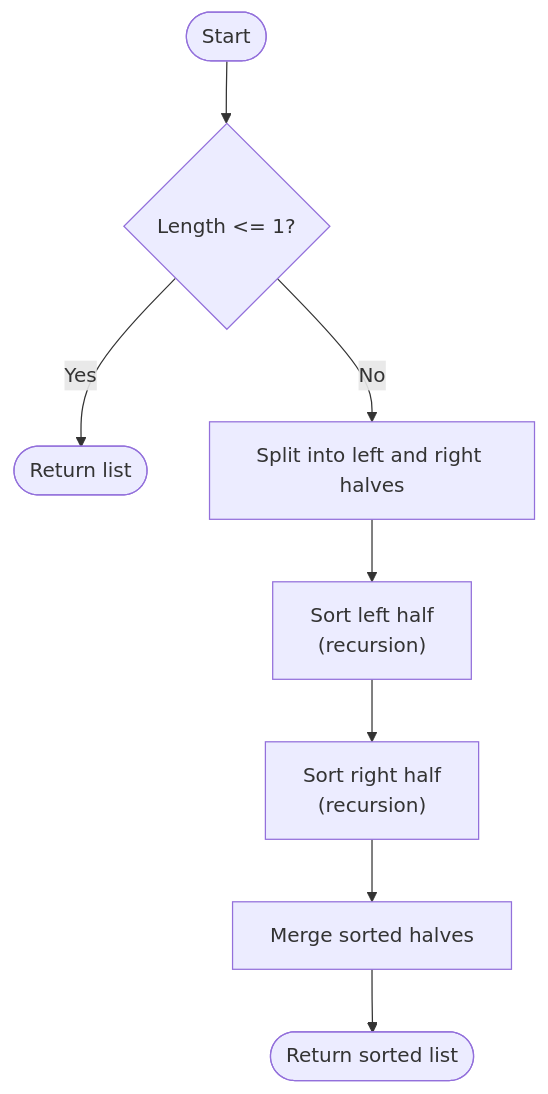
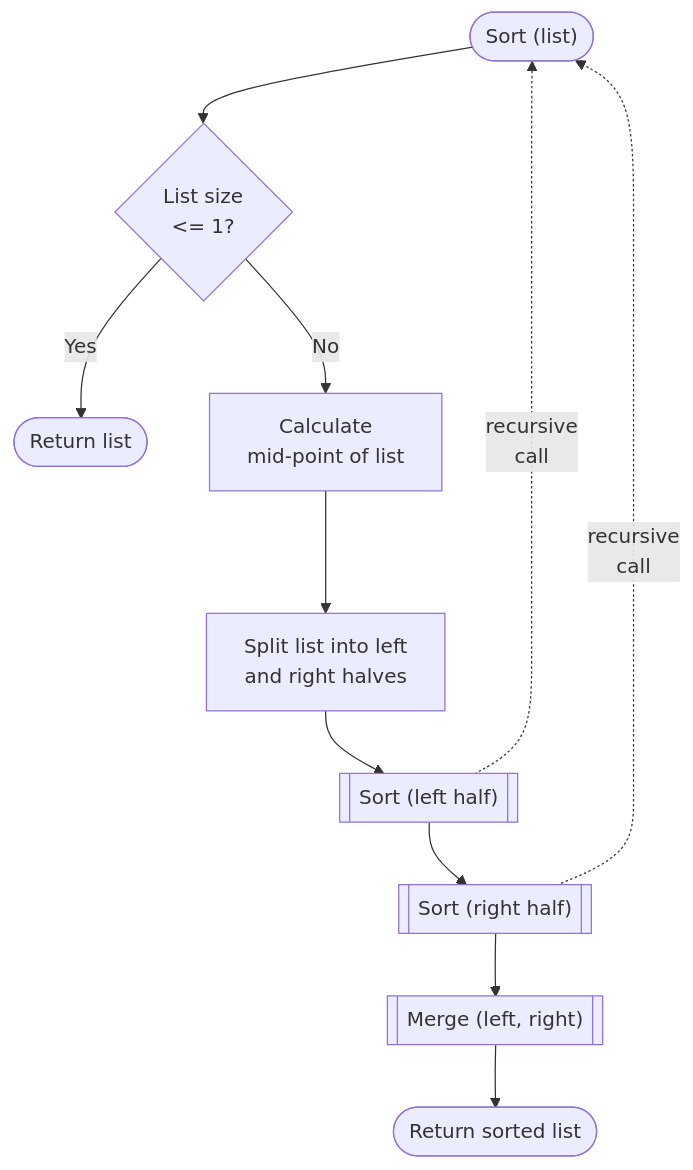
Before and after one commit to waimea-dt/how-do-i: the second of 3 diagrams in docs/programming/algorithms/sorting.md, drawn with Mermaid. The commit also changed other lines of this file and 7 other files, not shown here.

Commit message:
Pseudocode and mermaid refinement

````diff
--- a/docs/programming/algorithms/sorting.md
+++ b/docs/programming/algorithms/sorting.md
@@ -107,17 +156,21 @@
 ```mermaid
 flowchart TD
     %% Define nodes
-    start([Start])
-    base{Length <= 1?}
-    returnBase([Return list])
-    split[Split into left and right halves]
-    sortLeft["Sort left half\n(recursion)"]
-    sortRight["Sort right half\n(recursion)"]
-    merge[Merge sorted halves]
-    done([Return sorted list])
+    start(["Sort (list)"])
+    length{List size<br><= 1?}
+    return([Return list])
+    mid["Calculate<br>mid-point of list"]
+    split["Split list into left<br>and right halves"]
+    sortLeft[["Sort (left half)"]]
+    sortRight[["Sort (right half)"]]
+    merge[["Merge (left, right)"]]
+    done(["Return sorted list"])
 
-    %% Define links
-    start --> base
-    base -- Yes --> returnBase
-    base -- No --> split --> sortLeft --> sortRight --> merge --> done
+    start --> length
+    length -- Yes --> return
+    length -- No --> mid
+    mid --> split --> sortLeft --> sortRight --> merge --> done
+
+    sortLeft  -. "recursive<br>call" .-> start
+    sortRight -. "recursive<br>call" .-> start
 ```
````
